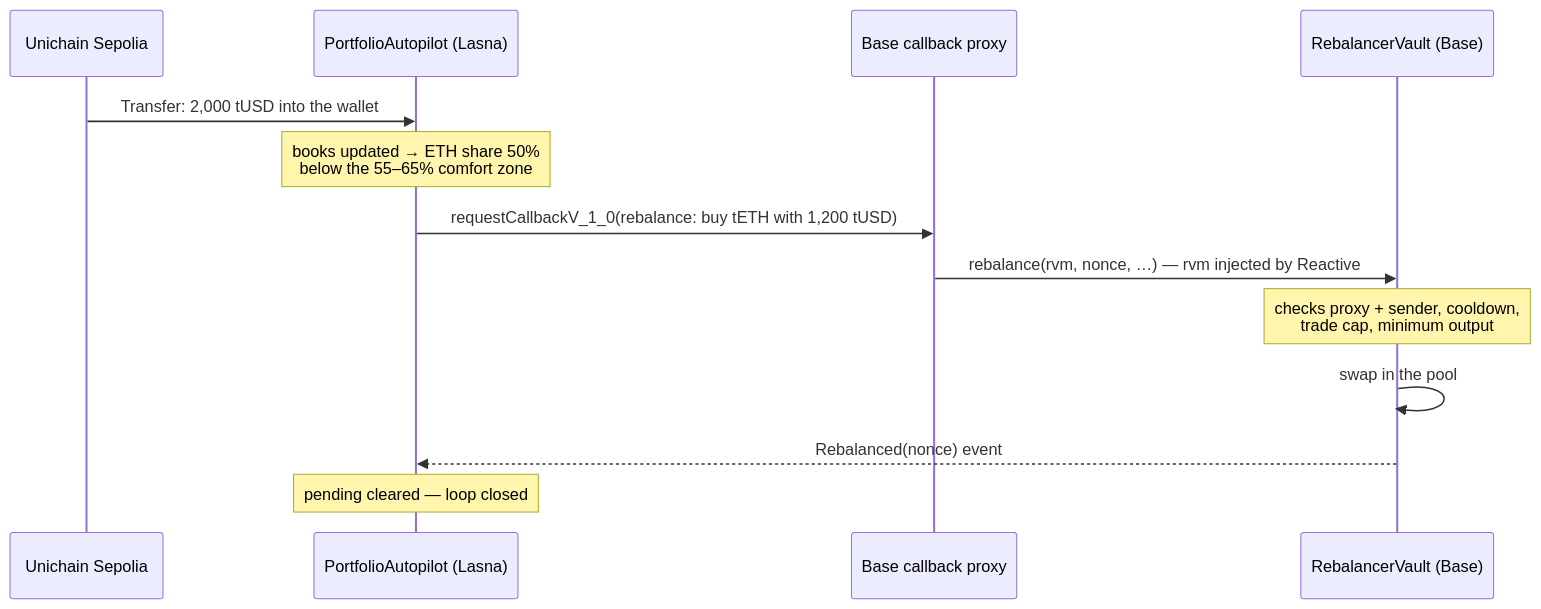
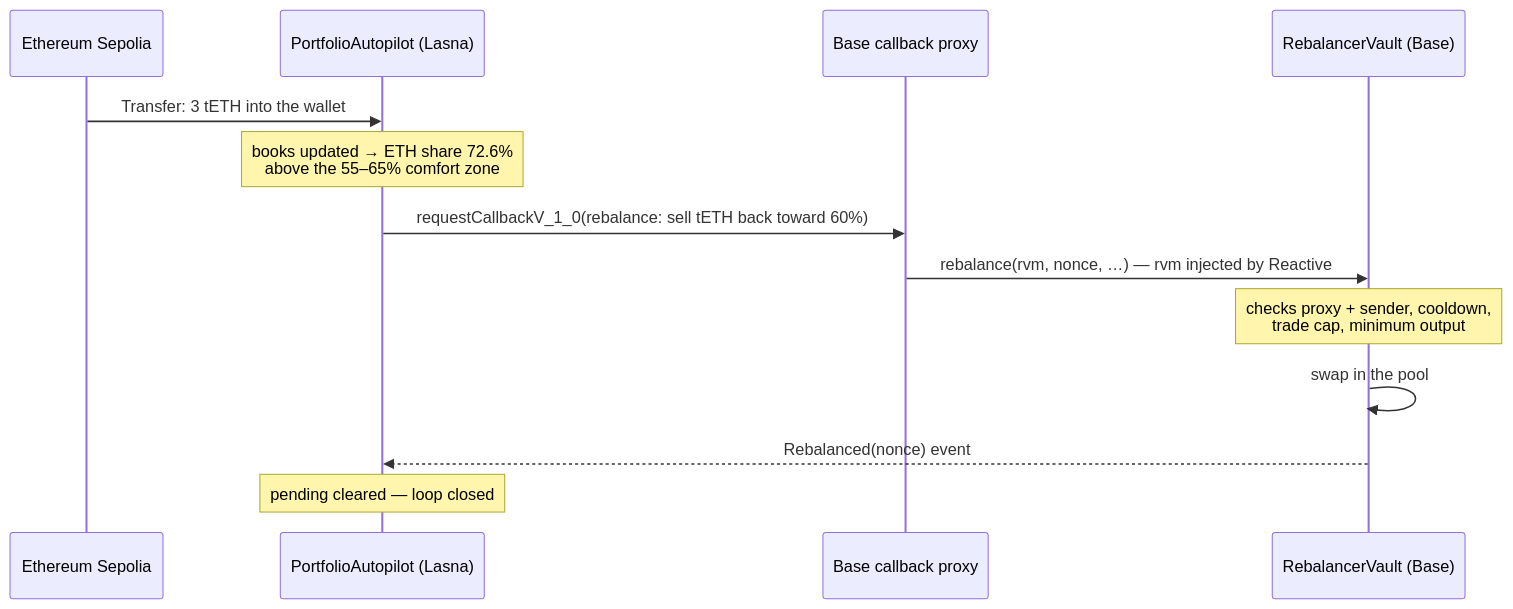
Before and after one commit to opxy16/omni-autopilot: the second of 2 diagrams in README.md, drawn with Mermaid. The commit also changed other lines of this file and 24 other files, not shown here.

````diff
--- a/README.md
+++ b/README.md
@@ -63,15 +63,15 @@
 ```mermaid
 sequenceDiagram
-  participant U as Unichain Sepolia
+  participant U as Ethereum Sepolia
   participant R as PortfolioAutopilot (Lasna)
   participant P as Base callback proxy
   participant V as RebalancerVault (Base)
-  U->>R: Transfer: 2,000 tUSD into the wallet
-  Note over R: books updated → ETH share 50%<br/>below the 55–65% comfort zone
-  R->>P: requestCallbackV_1_0(rebalance: buy tETH with 1,200 tUSD)
+  U->>R: Transfer: 3 tETH into the wallet
+  Note over R: books updated → ETH share 72.6%<br/>above the 55–65% comfort zone
+  R->>P: requestCallbackV_1_0(rebalance: sell tETH back toward 60%)
   P->>V: rebalance(rvm, nonce, …) — rvm injected by Reactive
   Note over V: checks proxy + sender, cooldown,<br/>trade cap, minimum output
   V->>V: swap in the pool
   V-->>R: Rebalanced(nonce) event
   Note over R: pending cleared — loop closed
 ```
````
